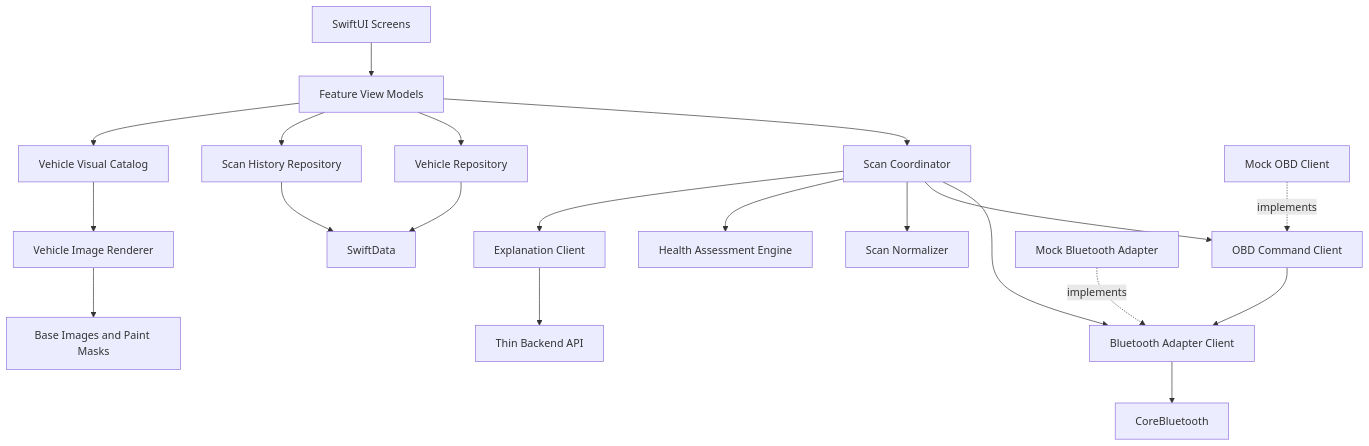
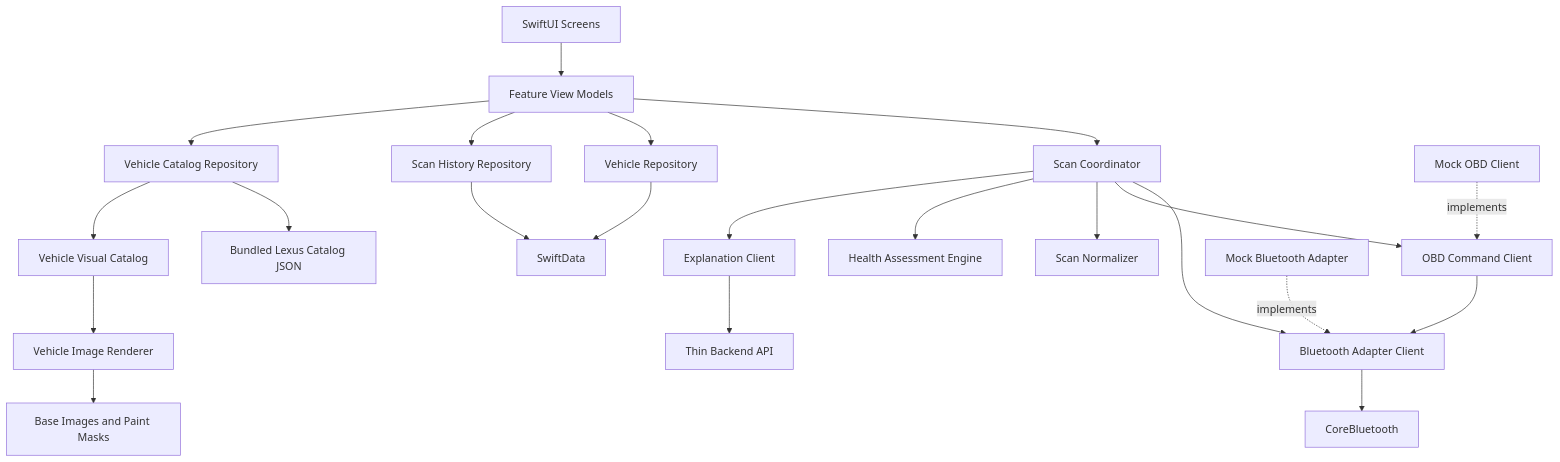
Before and after one commit to marlon4dashen/CarPal: the first of 4 diagrams in documents/Implementation.md, drawn with Mermaid. The commit also changed other lines of this file and 47 other files, not shown here.

````diff
--- a/documents/Implementation.md
+++ b/documents/Implementation.md
@@ -112,25 +117,27 @@
 ```mermaid
 flowchart TD
     UI[SwiftUI Screens] --> VM[Feature View Models]
     VM --> SC[Scan Coordinator]
     VM --> VR[Vehicle Repository]
     VM --> HR[Scan History Repository]
-    VM --> VC[Vehicle Visual Catalog]
+    VM --> VCR[Vehicle Catalog Repository]
+    VCR --> JSON[Bundled Lexus Catalog JSON]
+    VCR --> VC[Vehicle Visual Catalog]
     VC --> VIR[Vehicle Image Renderer]
     VIR --> VA[Base Images and Paint Masks]
 
     SC --> BA[Bluetooth Adapter Client]
     SC --> OBD[OBD Command Client]
     SC --> SN[Scan Normalizer]
     SC --> HE[Health Assessment Engine]
     SC --> EC[Explanation Client]
 
     BA --> CB[CoreBluetooth]
     OBD --> BA
     VR --> SD[SwiftData]
     HR --> SD
     EC --> API[Thin Backend API]
 
     MBA[Mock Bluetooth Adapter] -. implements .-> BA
     MOBD[Mock OBD Client] -. implements .-> OBD
 ```
````
